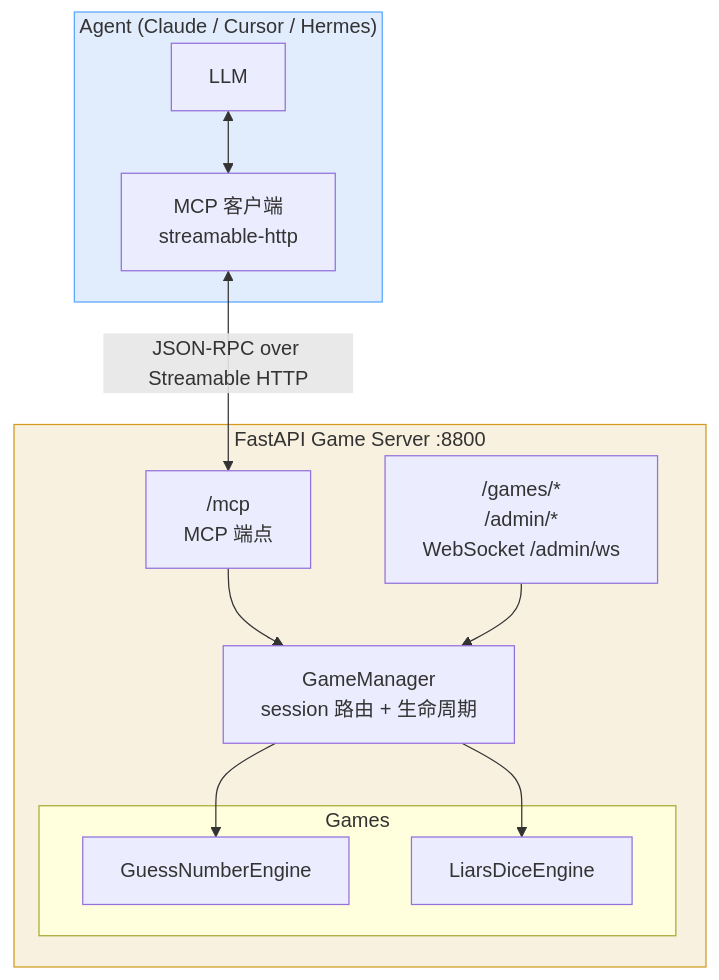
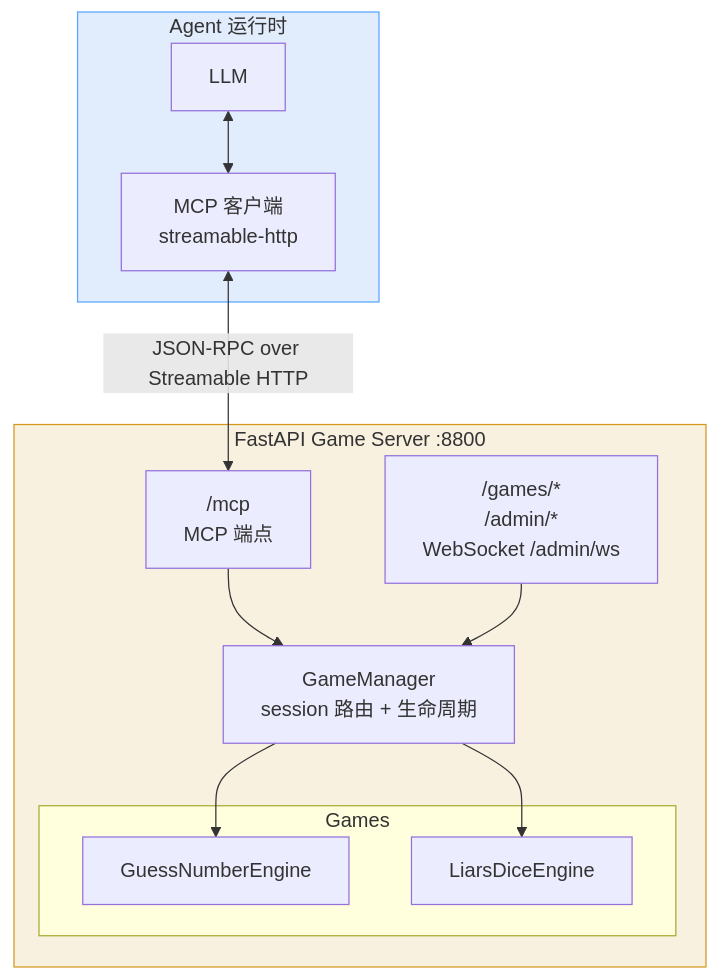
The diagram in README.md (Hypnoes/agent-game), drawn with Mermaid before and after one commit. The commit also changed other lines of this file and 10 other files, not shown here.

````diff
--- a/README.md
+++ b/README.md
@@ -7,27 +7,27 @@
 ```mermaid
 flowchart TB
-    subgraph Agent["Agent (Claude / Cursor / Hermes)"]
+    subgraph Agent["Agent 运行时"]
         LLM[LLM]
         MC["MCP 客户端\nstreamable-http"]
     end
 
     subgraph Server["FastAPI Game Server :8800"]
         MCP["/mcp\nMCP 端点"]
         GM[GameManager\nsession 路由 + 生命周期]
         subgraph Games["Games"]
             GN[GuessNumberEngine]
             LD[LiarsDiceEngine]
         end
         API["/games/*\n/admin/*\nWebSocket /admin/ws"]
     end
 
     LLM <--> MC
     MC <-->|"JSON-RPC over Streamable HTTP"| MCP
     MCP --> GM
     API --> GM
     GM --> GN
     GM --> LD
 
     style Agent fill:#1f6feb22,stroke:#58a6ff
     style Server fill:#d2991d22,stroke:#d2991d
 ```
````
